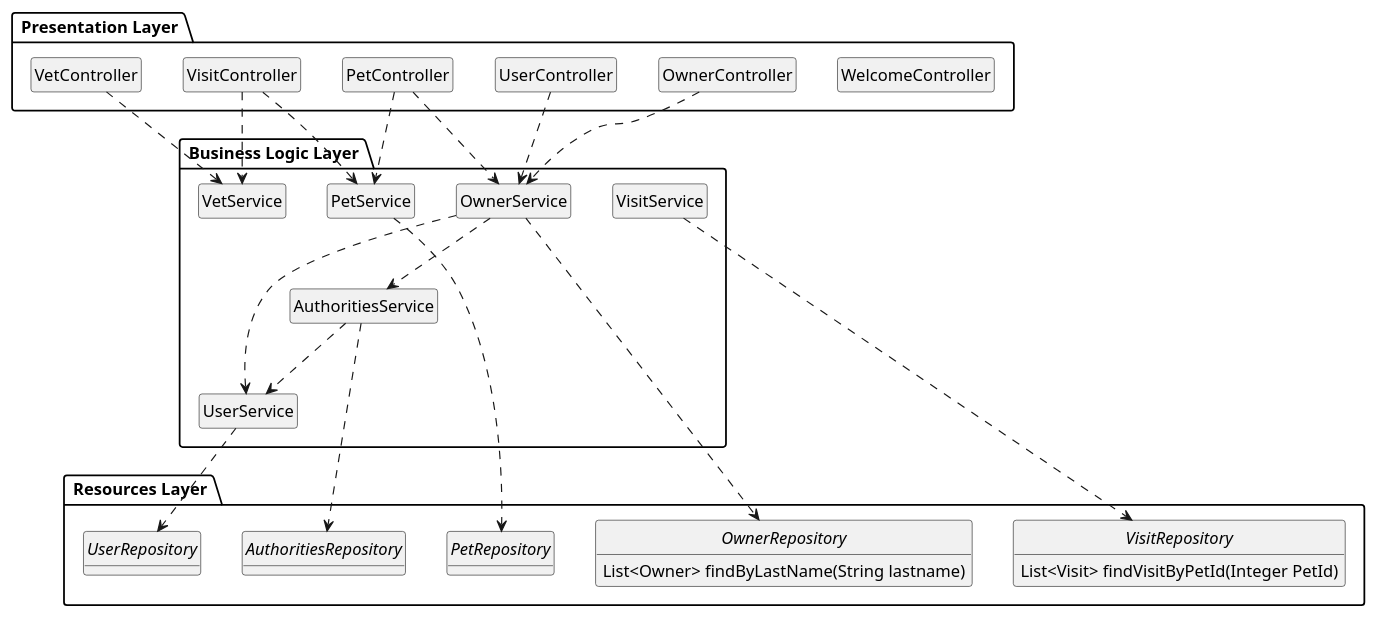
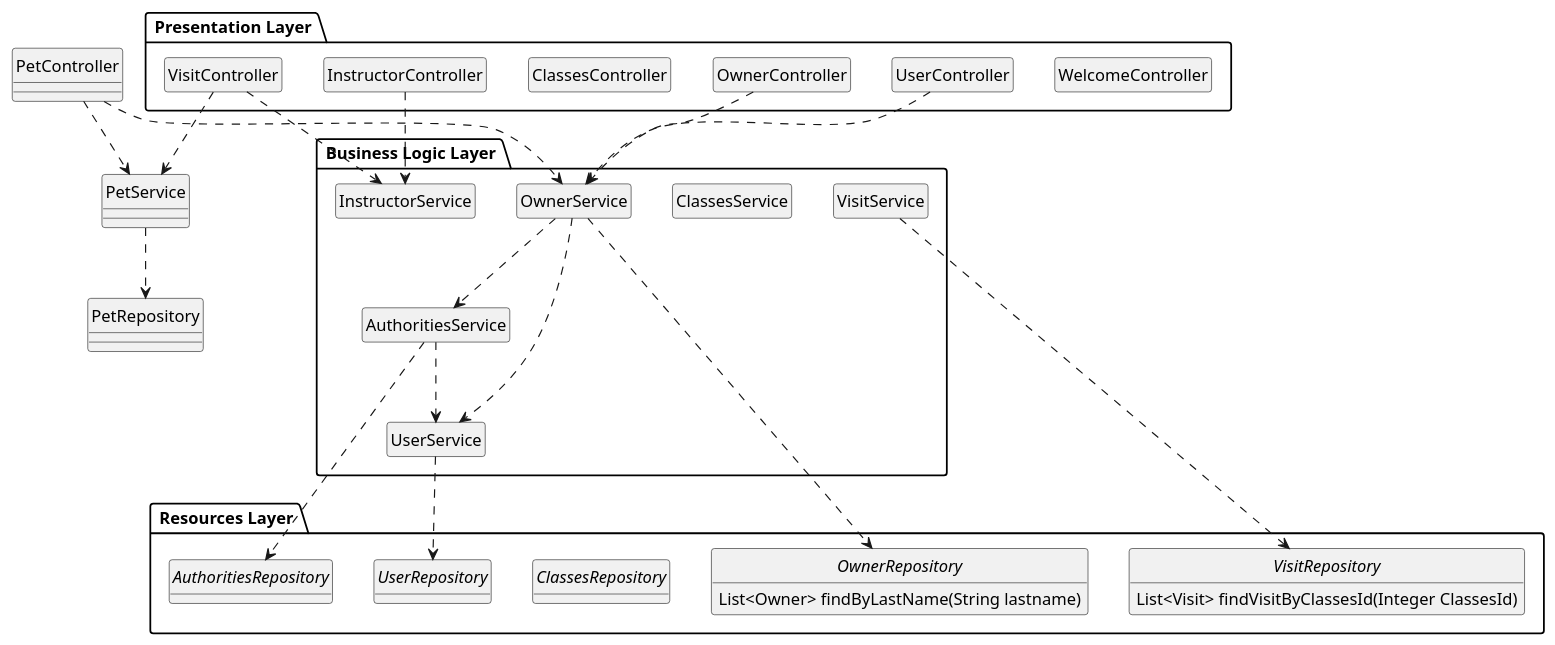
The diagram in docs/diagrams/LayersUMLPackageDiagram.iuml (luciatb04/FitSlot), drawn with PlantUML before and after one commit. The commit also changed 287 other files, not shown here.

```diff
--- a/docs/diagrams/LayersUMLPackageDiagram.iuml
+++ b/docs/diagrams/LayersUMLPackageDiagram.iuml
@@ -1,57 +1,57 @@
 @startuml
 
 hide circle
 
 
 package " Presentation Layer " as Presentation {
     hide members
     class WelcomeController
     class UserController
     class OwnerController
-    class PetController
+    class ClassesController
     class VisitController
-    class VetController
+    class InstructorController
 }
 
 package " Business Logic Layer " as BusinessLogic {
     hide members
     class AuthoritiesService
     class UserService
     class OwnerService
-    class PetService
+    class ClassesService
     class VisitService
-    class VetService
+    class InstructorService
 }
 
 package " Resources Layer " as Resources {
     hide attributes
     interface AuthoritiesRepository 
     interface UserRepository 
-    interface PetRepository
+    interface ClassesRepository
     interface VisitRepository {
-        List<Visit> findVisitByPetId(Integer PetId)
+        List<Visit> findVisitByClassesId(Integer ClassesId)
     }
     interface OwnerRepository {
         List<Owner> findByLastName(String lastname)
     }
 }
 
 UserController  ..> OwnerService
 OwnerController ..> OwnerService
 PetController ..> OwnerService
 PetController ..> PetService
 VisitController ..> PetService
-VisitController ..> VetService
-VetController ..> VetService
+VisitController ..> InstructorService
+InstructorController ..> InstructorService
 
 AuthoritiesService ..> UserService
 OwnerService ..> UserService
 OwnerService ..> AuthoritiesService
 
 OwnerService ..> OwnerRepository
 UserService ..> UserRepository
 AuthoritiesService ..> AuthoritiesRepository
 PetService ..> PetRepository
 VisitService ..> VisitRepository
 
 @enduml
```
